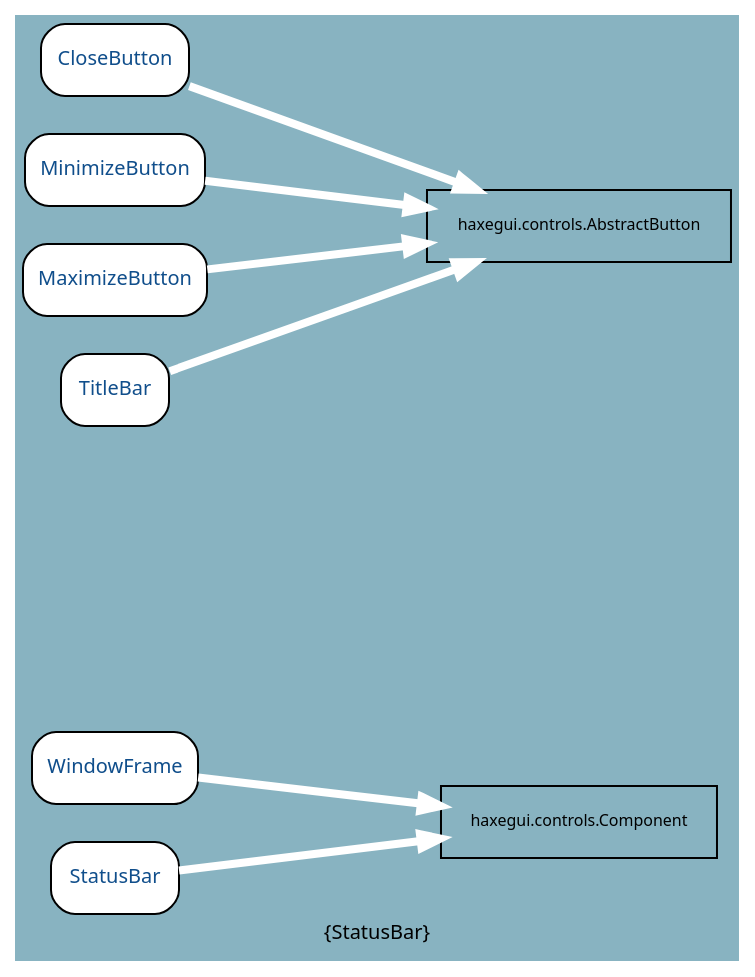
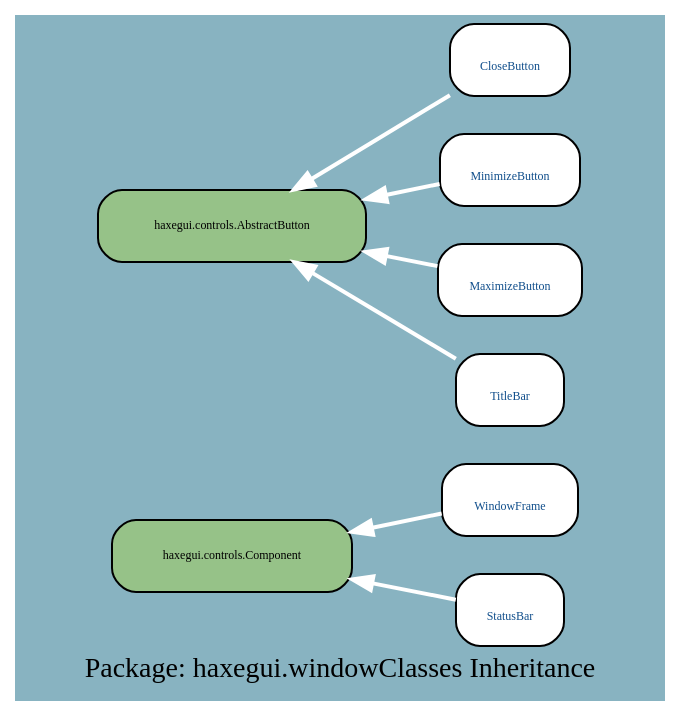
The diagram in docs/uml/haxegui.windowClasses_I.dot (google-code-export/haxegui), drawn with Graphviz before and after one commit. The commit also changed 398 other files, not shown here.

```diff
--- a/docs/uml/haxegui.windowClasses_I.dot
+++ b/docs/uml/haxegui.windowClasses_I.dot
@@ -1,22 +1,21 @@
 digraph uml {
-	graph [label="Package: haxegui.windowClasses Inheritance", ratio=compress, rankdir=LR, size="24,12", overlap=false, fontname=Sans, fontsize=10, bgcolor="#88B3C1", fontcolor=black];
-	node [label="\N", fontname=Sans, fontsize=8, shape=record, color=black, fontcolor=black];
-	edge [fontname=Sans, fontsize=8, minlen=3, color=black, fontcolor=black];
-	graph [label="{StatusBar}",
-		lp="180,10",
-		bb="0,0,360,462"];
-	"haxegui.windowClasses.WindowFrame" [label="{WindowFrame}", fontsize=10, fontcolor="#104E8B", style="rounded,filled", fillcolor=white, URL="../types/haxegui/windowClasses/WindowFrame.html", tooltip=WindowFrame, portPos=e, pos="47,93", rects="7,75,88,111", width="1.11", height="0.50"];
-	"haxegui.controls.Component" [pos="283,66", rects="214,48,352,84", width="1.92", height="0.50"];
-	"haxegui.windowClasses.CloseButton" [label="{CloseButton}", fontsize=10, fontcolor="#104E8B", style="rounded,filled", fillcolor=white, URL="../types/haxegui/windowClasses/CloseButton.html", tooltip=CloseButton, portPos=e, pos="47,444", rects="10,426,85,462", width="1.03", height="0.50"];
-	"haxegui.controls.AbstractButton" [pos="283,363", rects="207,345,360,381", width="2.11", height="0.50"];
-	"haxegui.windowClasses.MinimizeButton" [label="{MinimizeButton}", fontsize=10, fontcolor="#104E8B", style="rounded,filled", fillcolor=white, URL="../types/haxegui/windowClasses/MinimizeButton.html", tooltip=MinimizeButton, portPos=e, pos="47,390", rects="2,372,92,408", width="1.25", height="0.50"];
-	"haxegui.windowClasses.MaximizeButton" [label="{MaximizeButton}", fontsize=10, fontcolor="#104E8B", style="rounded,filled", fillcolor=white, URL="../types/haxegui/windowClasses/MaximizeButton.html", tooltip=MaximizeButton, portPos=e, pos="47,336", rects="1,318,94,354", width="1.28", height="0.50"];
-	"haxegui.windowClasses.TitleBar" [label="{TitleBar}", fontsize=10, fontcolor="#104E8B", style="rounded,filled", fillcolor=white, URL="../types/haxegui/windowClasses/TitleBar.html", tooltip=TitleBar, portPos=e, pos="47,282", rects="20,264,74,300", width="0.75", height="0.50"];
-	"haxegui.windowClasses.StatusBar" [label="{StatusBar}", fontsize=10, fontcolor="#104E8B", style="rounded,filled", fillcolor=white, URL="../types/haxegui/windowClasses/StatusBar.html", tooltip=StatusBar, portPos=e, pos="47,39", rects="15,21,79,57", width="0.89", height="0.50"];
-	"haxegui.windowClasses.WindowFrame" -> "haxegui.controls.Component" [color=white, style="setlinewidth(4)", arrowhead=normal, arrowsize="1.0", pos="e,214,74 88,88 120,84 165,80 204,75"];
-	"haxegui.windowClasses.CloseButton" -> "haxegui.controls.AbstractButton" [color=white, style="setlinewidth(4)", arrowhead=normal, arrowsize="1.0", pos="e,230,381 85,431 122,418 178,399 220,384"];
-	"haxegui.windowClasses.MinimizeButton" -> "haxegui.controls.AbstractButton" [color=white, style="setlinewidth(4)", arrowhead=normal, arrowsize="1.0", pos="e,207,372 92,385 122,381 161,377 197,373"];
-	"haxegui.windowClasses.MaximizeButton" -> "haxegui.controls.AbstractButton" [color=white, style="setlinewidth(4)", arrowhead=normal, arrowsize="1.0", pos="e,207,354 94,341 123,345 162,349 197,353"];
-	"haxegui.windowClasses.TitleBar" -> "haxegui.controls.AbstractButton" [color=white, style="setlinewidth(4)", arrowhead=normal, arrowsize="1.0", pos="e,230,345 74,291 110,303 173,325 220,342"];
-	"haxegui.windowClasses.StatusBar" -> "haxegui.controls.Component" [color=white, style="setlinewidth(4)", arrowhead=normal, arrowsize="1.0", pos="e,214,58 79,43 111,47 161,52 204,57"];
+	graph [label="Package: haxegui.windowClasses Inheritance", ratio=compress, rankdir=RL, smoothing=avg_dist, overlap=compress, packMode="graph", labelloc=c, fontname="DejaVu Sans Condenesed", fontsize=14, bgcolor="#88B3C1", fontcolor=black];
+	node [label="\N", style="rounded,filled", fillcolor="#96c288", fontcolor="#104E8B", fontname="FFF Harmony", fontsize=6, shape=record, color=black];
+	edge [fontname=Sans, fontsize=8, minlen="1.2", color=black, fontcolor=black];
+	graph [lp="164,12",
+		bb="0,0,328,331"];
+	"haxegui.windowClasses.WindowFrame" [label="{\nWindowFrame}", fillcolor=white, URL="../types/haxegui/windowClasses/WindowFrame.html", tooltip="\nWindowFrame", portPos=w, pos="250,97", rects="216,79,285,115", width="0.94", height="0.50"];
+	"haxegui.controls.Component" [fontcolor=black, pos="109,70", rects="49,52,169,88", width="1.67", height="0.50"];
+	"haxegui.windowClasses.CloseButton" [label="{\nCloseButton}", fillcolor=white, URL="../types/haxegui/windowClasses/CloseButton.html", tooltip="\nCloseButton", portPos=w, pos="250,313", rects="220,295,281,331", width="0.83", height="0.50"];
+	"haxegui.controls.AbstractButton" [fontcolor=black, pos="109,232", rects="42,214,177,250", width="1.86", height="0.50"];
+	"haxegui.windowClasses.MinimizeButton" [label="{\nMinimizeButton}", fillcolor=white, URL="../types/haxegui/windowClasses/MinimizeButton.html", tooltip="\nMinimizeButton", portPos=w, pos="250,259", rects="215,241,285,277", width="0.97", height="0.50"];
+	"haxegui.windowClasses.MaximizeButton" [label="{\nMaximizeButton}", fillcolor=white, URL="../types/haxegui/windowClasses/MaximizeButton.html", tooltip="\nMaximizeButton", portPos=w, pos="250,205", rects="214,187,287,223", width="1.00", height="0.50"];
+	"haxegui.windowClasses.TitleBar" [label="{\nTitleBar}", fillcolor=white, URL="../types/haxegui/windowClasses/TitleBar.html", tooltip="\nTitleBar", portPos=w, pos="250,151", rects="223,133,277,169", width="0.75", height="0.50"];
+	"haxegui.windowClasses.StatusBar" [label="{\nStatusBar}", fillcolor=white, URL="../types/haxegui/windowClasses/StatusBar.html", tooltip="\nStatusBar", portPos=w, pos="250,43", rects="223,25,277,61", width="0.75", height="0.50"];
+	"haxegui.windowClasses.WindowFrame" -> "haxegui.controls.Component" [color=white, style=bold, arrowhead=normal, arrowsize="1.0", pos="e,169,81 216,90 205,88 192,85 179,83"];
+	"haxegui.windowClasses.CloseButton" -> "haxegui.controls.AbstractButton" [color=white, style=bold, arrowhead=normal, arrowsize="1.0", pos="e,141,250 220,296 199,285 172,269 150,255"];
+	"haxegui.windowClasses.MinimizeButton" -> "haxegui.controls.AbstractButton" [color=white, style=bold, arrowhead=normal, arrowsize="1.0", pos="e,177,245 215,252 206,251 197,248 187,247"];
+	"haxegui.windowClasses.MaximizeButton" -> "haxegui.controls.AbstractButton" [color=white, style=bold, arrowhead=normal, arrowsize="1.0", pos="e,177,219 214,212 206,213 197,216 187,217"];
+	"haxegui.windowClasses.TitleBar" -> "haxegui.controls.AbstractButton" [color=white, style=bold, arrowhead=normal, arrowsize="1.0", pos="e,141,214 223,167 202,178 173,195 150,209"];
+	"haxegui.windowClasses.StatusBar" -> "haxegui.controls.Component" [color=white, style=bold, arrowhead=normal, arrowsize="1.0", pos="e,169,58 223,48 211,50 195,54 179,56"];
 }
```
